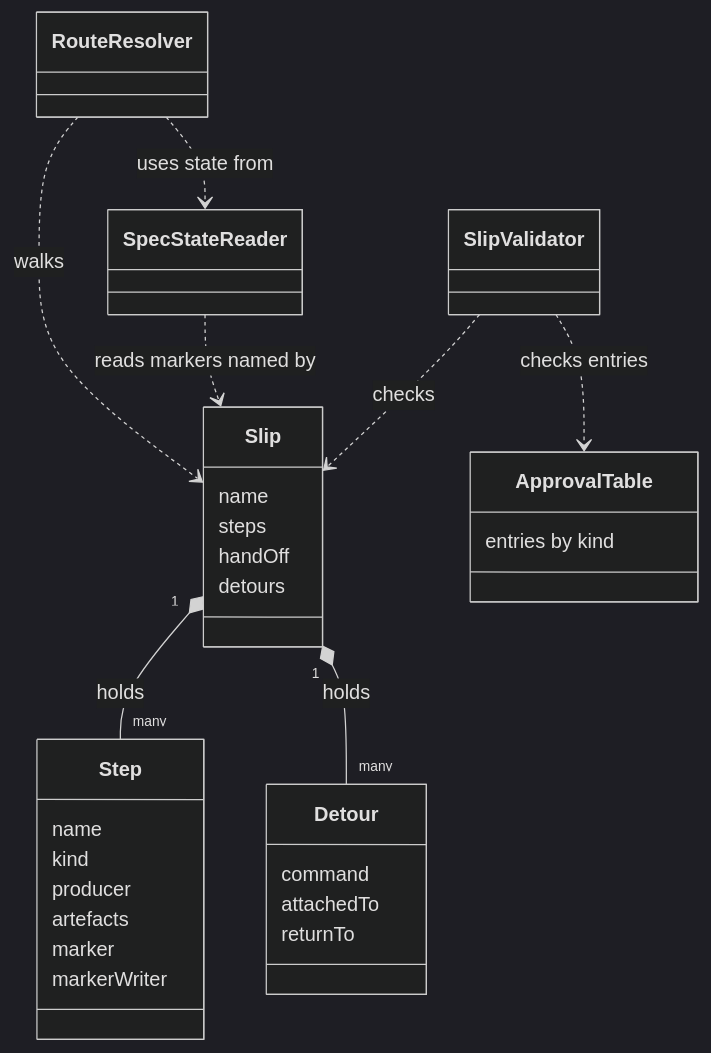
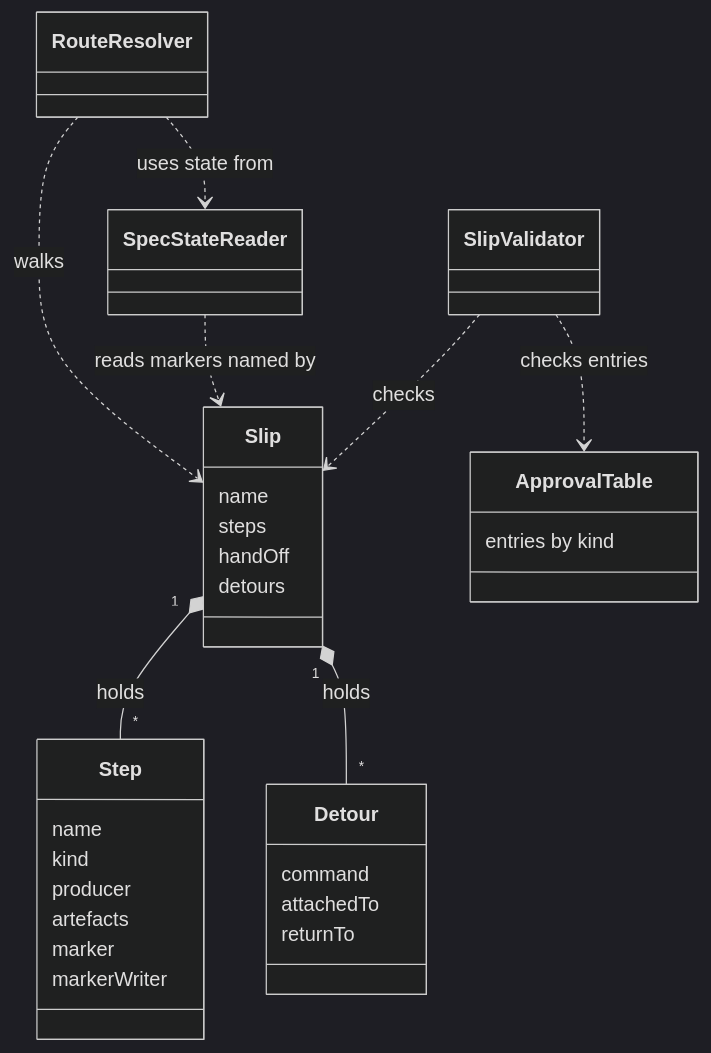
One commit to BrighterCommand/Brighter changed the third of 3 diagrams in docs/adr/0089-slips-resolver-and-routing.md. Above: the diagram before and after it, drawn with Mermaid (dark theme). The commit also changed other lines of this file, not shown here.

````diff
--- a/docs/adr/0089-slips-resolver-and-routing.md
+++ b/docs/adr/0089-slips-resolver-and-routing.md
@@ -283,35 +283,35 @@
 ```mermaid
 classDiagram
     class Slip {
         name
         steps
         handOff
         detours
     }
     class Step {
         name
         kind
         producer
         artefacts
         marker
         markerWriter
     }
     class Detour {
         command
         attachedTo
         returnTo
     }
     class ApprovalTable {
         entries by kind
     }
     class SlipValidator
     class RouteResolver
     class SpecStateReader
-    Slip "1" *-- "many" Step : holds
-    Slip "1" *-- "many" Detour : holds
+    Slip "1" *-- "*" Step : holds
+    Slip "1" *-- "*" Detour : holds
     SlipValidator ..> Slip : checks
     SlipValidator ..> ApprovalTable : checks entries
     SpecStateReader ..> Slip : reads markers named by
     RouteResolver ..> Slip : walks
     RouteResolver ..> SpecStateReader : uses state from
 ```
````
